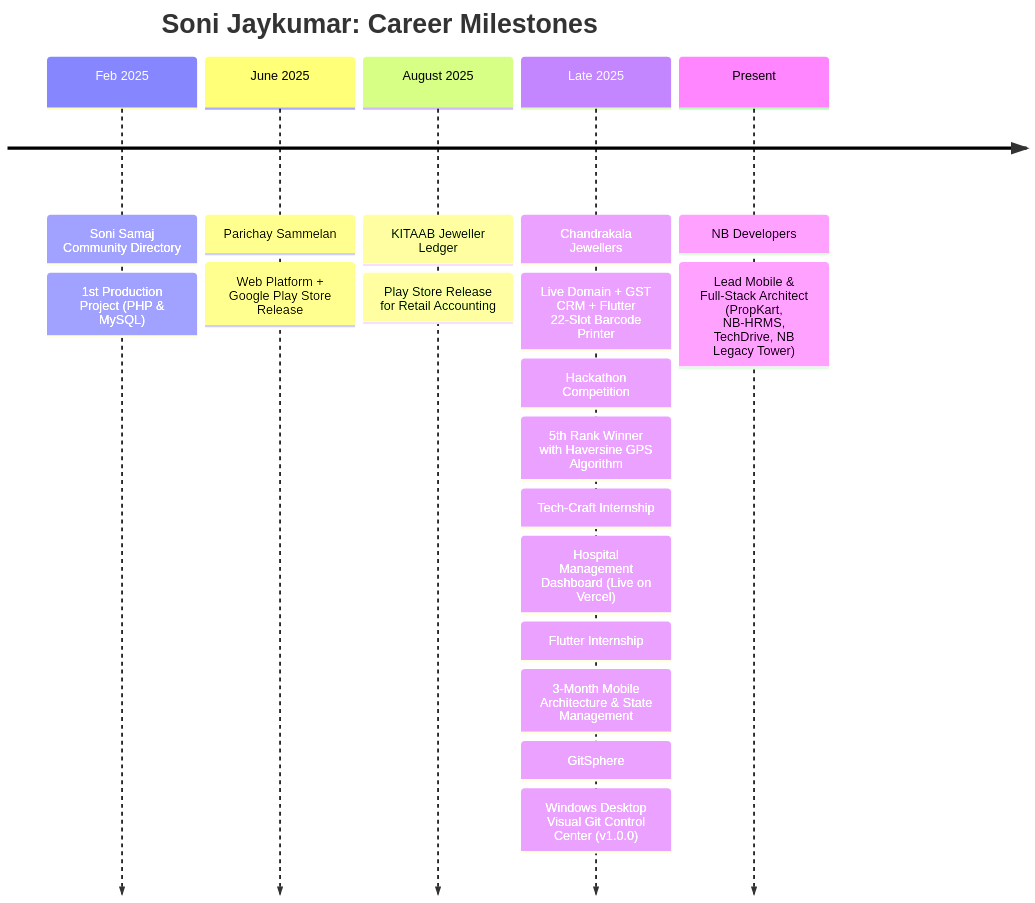
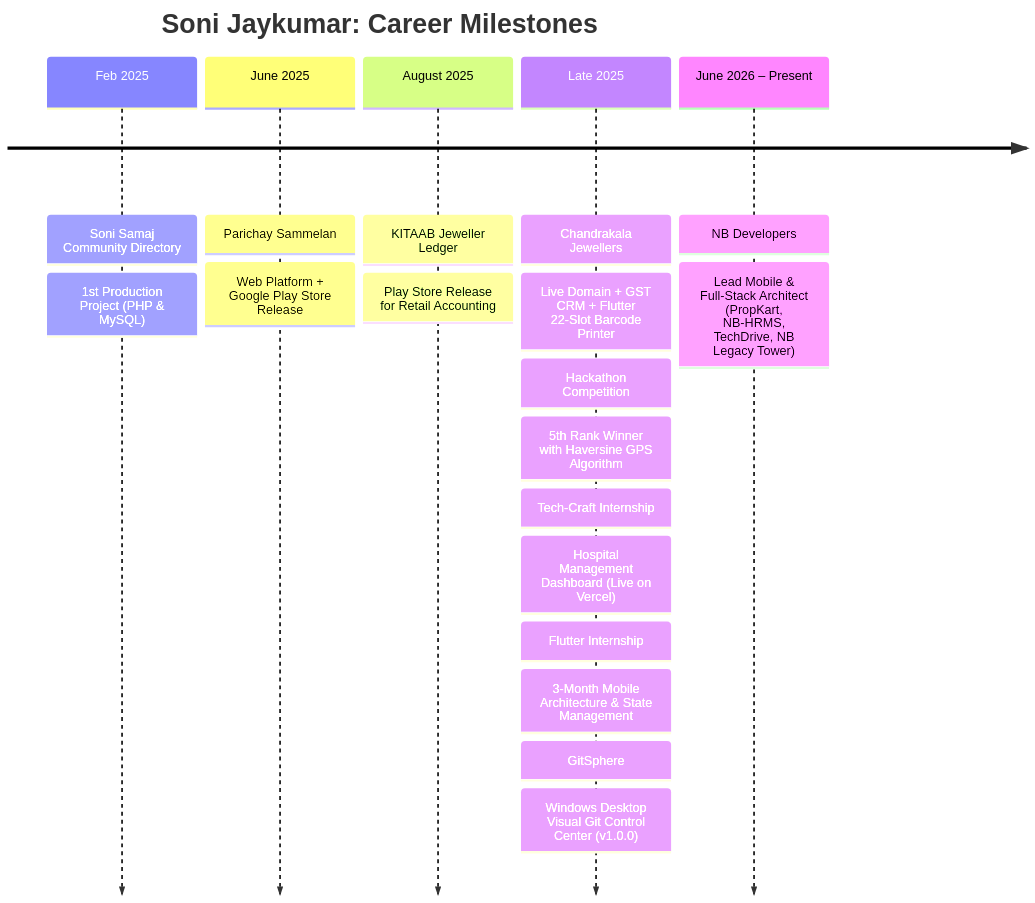
The diagram in README.md (JAYU0812/portfolio), drawn with Mermaid before and after one commit. The commit also changed 3 other files, not shown here.

Commit message:
fix: update NB Developers tenure and project dates to June 2026 – Present

````diff
--- a/README.md
+++ b/README.md
@@ -142,13 +142,13 @@
 ```mermaid
 timeline
     title Soni Jaykumar: Career Milestones
     Feb 2025 : Soni Samaj Community Directory : 1st Production Project (PHP & MySQL)
     June 2025 : Parichay Sammelan : Web Platform + Google Play Store Release
     August 2025 : KITAAB Jeweller Ledger : Play Store Release for Retail Accounting
     Late 2025 : Chandrakala Jewellers : Live Domain + GST CRM + Flutter 22-Slot Barcode Printer
               : Hackathon Competition : 5th Rank Winner with Haversine GPS Algorithm
               : Tech-Craft Internship : Hospital Management Dashboard (Live on Vercel)
               : Flutter Internship : 3-Month Mobile Architecture & State Management
               : GitSphere : Windows Desktop Visual Git Control Center (v1.0.0)
-    Present : NB Developers : Lead Mobile & Full-Stack Architect (PropKart, NB-HRMS, TechDrive, NB Legacy Tower)
+    June 2026 – Present : NB Developers : Lead Mobile & Full-Stack Architect (PropKart, NB-HRMS, TechDrive, NB Legacy Tower)
 ```
````
